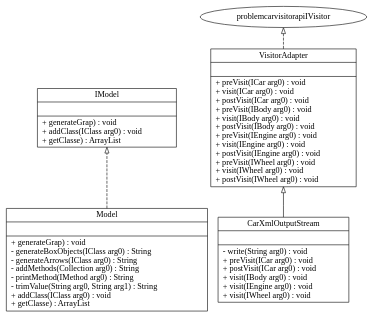
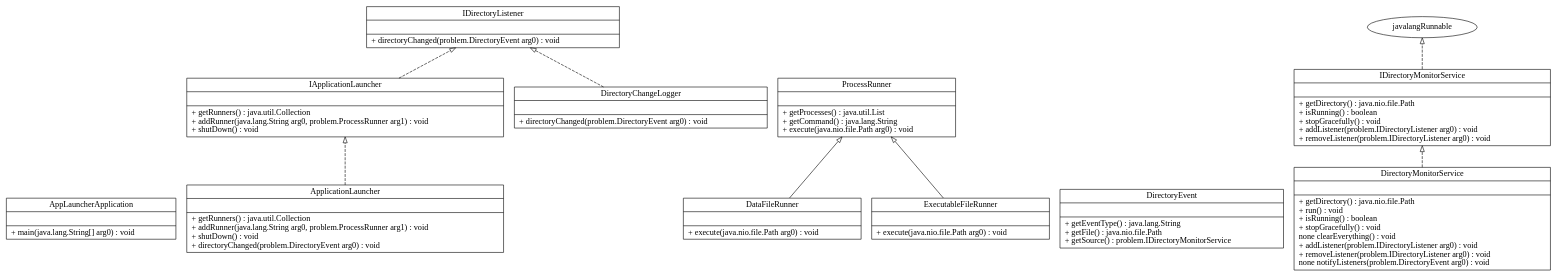
One commit to Mercieral/code-pattern-detector-and-UML-diagram-generator changed the diagram in BlueShells374/input_output/graph.gv. Above: the diagram before and after it, drawn with Graphviz. The commit also changed 4 other files, not shown here.

```diff
--- a/BlueShells374/input_output/graph.gv
+++ b/BlueShells374/input_output/graph.gv
@@ -1,38 +1,114 @@
-digraph G {  rankdir=BT;  problemasmIModel [ 
- shape = "record",  label = "{ IModel|\l| 
- 		+ generateGrap) : void \l
-		+ addClass(IClass arg0) : void \l
-		+ getClasse) : ArrayList \l
- }" ]; problemasmModel [ 
- shape = "record",  label = "{ Model|\l| 
- 		+ generateGrap) : void \l
-		- generateBoxObjects(IClass arg0) : String \l
-		- generateArrows(IClass arg0) : String \l
-		- addMethods(Collection arg0) : String \l
-		- printMethod(IMethod arg0) : String \l
-		- trimValue(String arg0, String arg1) : String \l
-		+ addClass(IClass arg0) : void \l
-		+ getClasse) : ArrayList \l
- }" ]; problemcarimplCarXmlOutputStream [ 
- shape = "record",  label = "{ CarXmlOutputStream|\l| 
- 		- write(String arg0) : void \l
-		+ preVisit(ICar arg0) : void \l
-		+ postVisit(ICar arg0) : void \l
-		+ visit(IBody arg0) : void \l
-		+ visit(IEngine arg0) : void \l
-		+ visit(IWheel arg0) : void \l
- }" ]; problemcarvisitorapiVisitorAdapter [ 
- shape = "record",  label = "{ VisitorAdapter|\l| 
- 		+ preVisit(ICar arg0) : void \l
-		+ visit(ICar arg0) : void \l
-		+ postVisit(ICar arg0) : void \l
-		+ preVisit(IBody arg0) : void \l
-		+ visit(IBody arg0) : void \l
-		+ postVisit(IBody arg0) : void \l
-		+ preVisit(IEngine arg0) : void \l
-		+ visit(IEngine arg0) : void \l
-		+ postVisit(IEngine arg0) : void \l
-		+ preVisit(IWheel arg0) : void \l
-		+ visit(IWheel arg0) : void \l
-		+ postVisit(IWheel arg0) : void \l
- }" ];problemasmModel -> problemasmIModel [arrowhead="onormal", style="dashed"];problemcarimplCarXmlOutputStream -> problemcarvisitorapiVisitorAdapter [arrowhead="onormal"]; problemcarvisitorapiVisitorAdapter -> problemcarvisitorapiIVisitor [arrowhead="onormal", style="dashed"];}
+digraph G {  rankdir=BT; 
+ 	problemAppLauncherApplication [ 
+		shape = "record",
+		label = 
+			"{ AppLauncherApplication|\l| 
+ 			+ main(java.lang.String[] arg0) : void \l
+			}" 
+	]; 
+	problemApplicationLauncher [ 
+		shape = "record",
+		label = 
+			"{ ApplicationLauncher|\l| 
+ 			+ getRunners() : java.util.Collection \l
+			+ addRunner(java.lang.String arg0, problem.ProcessRunner arg1) : void \l
+			+ shutDown() : void \l
+			+ directoryChanged(problem.DirectoryEvent arg0) : void \l
+			}" 
+	]; 
+	problemDataFileRunner [ 
+		shape = "record",
+		label = 
+			"{ DataFileRunner|\l| 
+ 			+ execute(java.nio.file.Path arg0) : void \l
+			}" 
+	]; 
+	problemDirectoryChangeLogger [ 
+		shape = "record",
+		label = 
+			"{ DirectoryChangeLogger|\l| 
+ 			+ directoryChanged(problem.DirectoryEvent arg0) : void \l
+			}" 
+	]; 
+	problemDirectoryEvent [ 
+		shape = "record",
+		label = 
+			"{ DirectoryEvent|\l| 
+ 			+ getEventType() : java.lang.String \l
+			+ getFile() : java.nio.file.Path \l
+			+ getSource() : problem.IDirectoryMonitorService \l
+			}" 
+	]; 
+	problemDirectoryMonitorService [ 
+		shape = "record",
+		label = 
+			"{ DirectoryMonitorService|\l| 
+ 			+ getDirectory() : java.nio.file.Path \l
+			+ run() : void \l
+			+ isRunning() : boolean \l
+			+ stopGracefully() : void \l
+			none clearEverything() : void \l
+			+ addListener(problem.IDirectoryListener arg0) : void \l
+			+ removeListener(problem.IDirectoryListener arg0) : void \l
+			none notifyListeners(problem.DirectoryEvent arg0) : void \l
+			}" 
+	]; 
+	problemExecutableFileRunner [ 
+		shape = "record",
+		label = 
+			"{ ExecutableFileRunner|\l| 
+ 			+ execute(java.nio.file.Path arg0) : void \l
+			}" 
+	]; 
+	problemIApplicationLauncher [ 
+		shape = "record",
+		label = 
+			"{ IApplicationLauncher|\l| 
+ 			+ getRunners() : java.util.Collection \l
+			+ addRunner(java.lang.String arg0, problem.ProcessRunner arg1) : void \l
+			+ shutDown() : void \l
+			}" 
+	]; 
+	problemIDirectoryListener [ 
+		shape = "record",
+		label = 
+			"{ IDirectoryListener|\l| 
+ 			+ directoryChanged(problem.DirectoryEvent arg0) : void \l
+			}" 
+	]; 
+	problemIDirectoryMonitorService [ 
+		shape = "record",
+		label = 
+			"{ IDirectoryMonitorService|\l| 
+ 			+ getDirectory() : java.nio.file.Path \l
+			+ isRunning() : boolean \l
+			+ stopGracefully() : void \l
+			+ addListener(problem.IDirectoryListener arg0) : void \l
+			+ removeListener(problem.IDirectoryListener arg0) : void \l
+			}" 
+	]; 
+	problemProcessRunner [ 
+		shape = "record",
+		label = 
+			"{ ProcessRunner|\l| 
+ 			+ getProcesses() : java.util.List \l
+			+ getCommand() : java.lang.String \l
+			+ execute(java.nio.file.Path arg0) : void \l
+			}" 
+	]; 
+	problemApplicationLauncher -> problemIApplicationLauncher
+		[arrowhead="onormal", style="dashed"];
+	problemDataFileRunner -> problemProcessRunner
+		[arrowhead="onormal"];
+	problemDirectoryChangeLogger -> problemIDirectoryListener
+		[arrowhead="onormal", style="dashed"];
+	problemDirectoryMonitorService -> problemIDirectoryMonitorService
+		[arrowhead="onormal", style="dashed"];
+	problemExecutableFileRunner -> problemProcessRunner
+		[arrowhead="onormal"];
+	problemIApplicationLauncher -> problemIDirectoryListener
+		[arrowhead="onormal", style="dashed"];
+	problemIDirectoryMonitorService -> javalangRunnable
+		[arrowhead="onormal", style="dashed"];
+
+}
```
